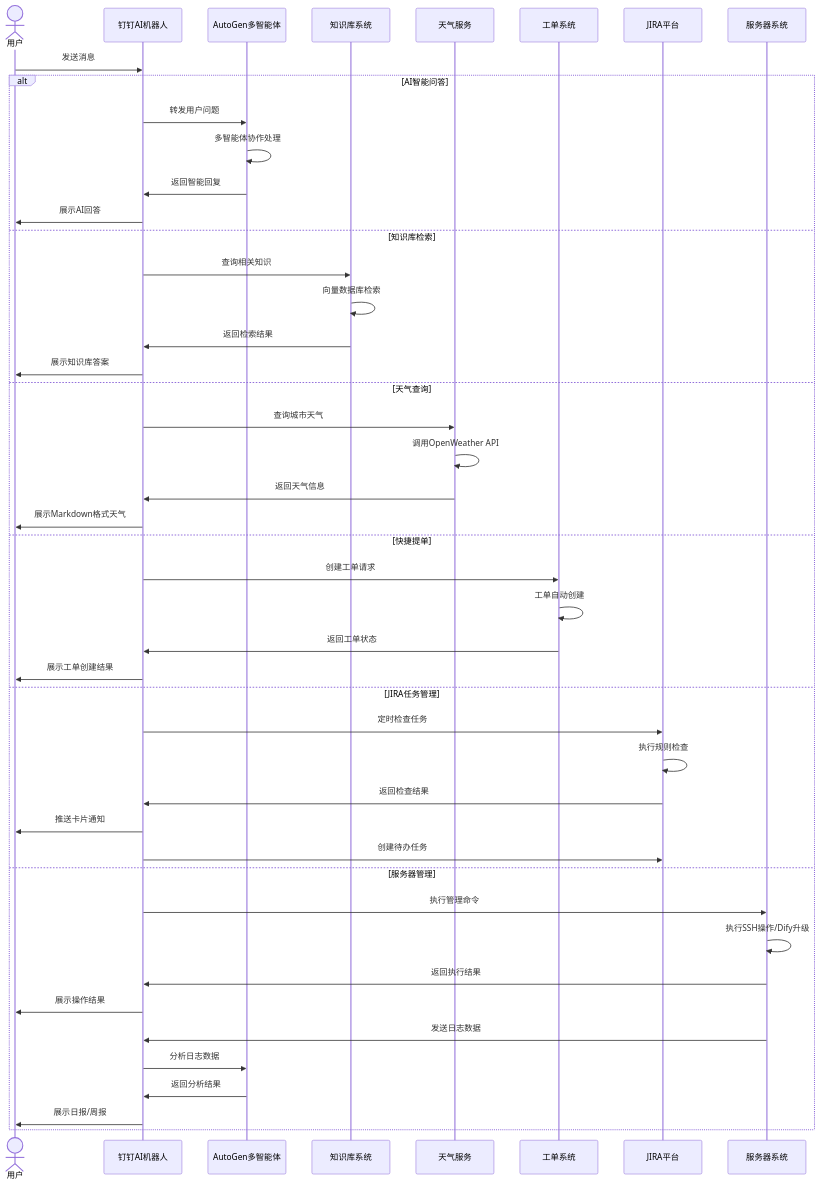
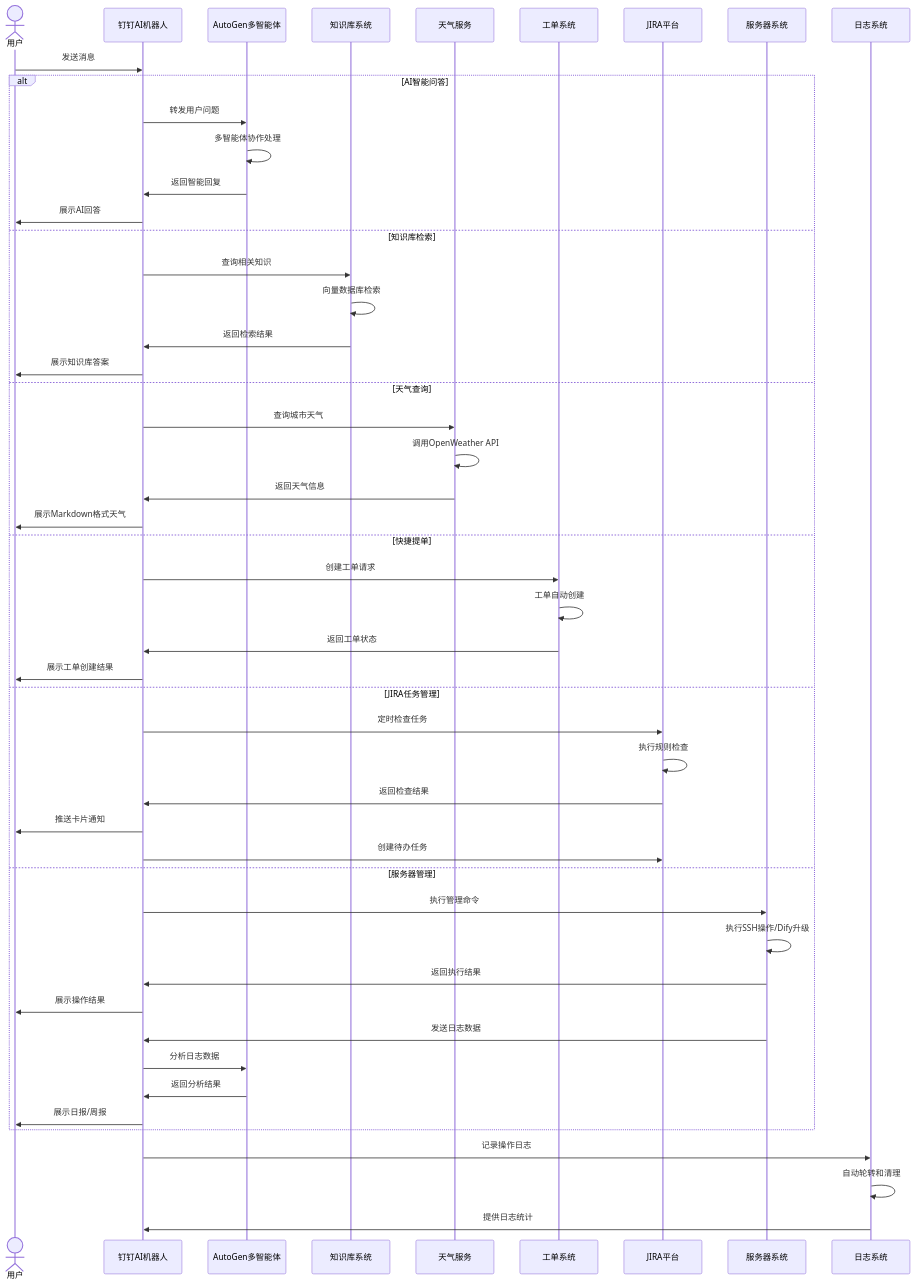
Before and after one commit to DellDi/dingtalk-ai-robot: the first of 2 diagrams in README.md, drawn with Mermaid. The commit also changed other lines of this file and 10 other files, not shown here.

````diff
--- a/README.md
+++ b/README.md
@@ -9,61 +9,67 @@
 ```mermaid
 sequenceDiagram
     actor User as 用户
     participant Bot as 钉钉AI机器人
     participant AI as AutoGen多智能体
     participant KB as 知识库系统
     participant Weather as 天气服务
     participant Ticket as 工单系统
     participant JIRA as JIRA平台
     participant Server as 服务器系统
+    participant Logger as 日志系统
 
     User->>Bot: 发送消息
 
     %% AI智能问答流程
     alt AI智能问答
         Bot->>AI: 转发用户问题
         AI->>AI: 多智能体协作处理
         AI->>Bot: 返回智能回复
         Bot->>User: 展示AI回答
 
     %% 知识库检索流程
     else 知识库检索
         Bot->>KB: 查询相关知识
         KB->>KB: 向量数据库检索
         KB->>Bot: 返回检索结果
         Bot->>User: 展示知识库答案
 
     %% 天气查询流程
     else 天气查询
         Bot->>Weather: 查询城市天气
         Weather->>Weather: 调用OpenWeather API
         Weather->>Bot: 返回天气信息
         Bot->>User: 展示Markdown格式天气
 
     %% 快捷提单流程
     else 快捷提单
         Bot->>Ticket: 创建工单请求
         Ticket->>Ticket: 工单自动创建
         Ticket->>Bot: 返回工单状态
         Bot->>User: 展示工单创建结果
 
     %% JIRA任务管理流程
     else JIRA任务管理
         Bot->>JIRA: 定时检查任务
         JIRA->>JIRA: 执行规则检查
         JIRA->>Bot: 返回检查结果
         Bot->>User: 推送卡片通知
         Bot->>JIRA: 创建待办任务
 
     %% 服务器管理流程
     else 服务器管理
         Bot->>Server: 执行管理命令
         Server->>Server: 执行SSH操作/Dify升级
         Server->>Bot: 返回执行结果
         Bot->>User: 展示操作结果
         Server->>Bot: 发送日志数据
         Bot->>AI: 分析日志数据
         AI->>Bot: 返回分析结果
         Bot->>User: 展示日报/周报
     end
+
+    %% 日志记录流程
+    Bot->>Logger: 记录操作日志
+    Logger->>Logger: 自动轮转和清理
+    Logger->>Bot: 提供日志统计
 ```
````
